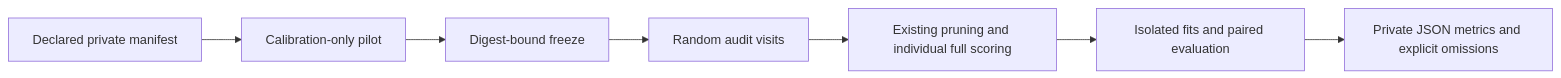
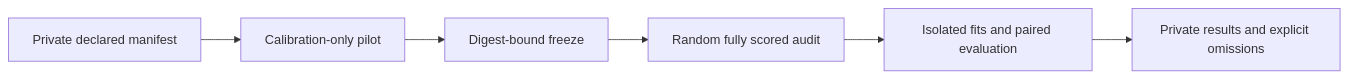
One commit to stSoftwareAU/NEAT-AI-Ockham changed the diagram in docs/archive/pr-summaries/pr-summary-261.md. Above: the diagram before and after it, drawn with Mermaid. The commit also changed other lines of this file, not shown here.

````diff
--- a/docs/archive/pr-summaries/pr-summary-261.md
+++ b/docs/archive/pr-summaries/pr-summary-261.md
@@ -56,9 +57,8 @@
 ```mermaid
 flowchart LR
-    M[Declared private manifest] --> P[Calibration-only pilot]
+    M[Private declared manifest] --> P[Calibration-only pilot]
     P --> F[Digest-bound freeze]
-    F --> A[Random audit visits]
-    A --> S[Existing pruning and individual full scoring]
-    S --> E[Isolated fits and paired evaluation]
-    E --> R[Private JSON metrics and explicit omissions]
+    F --> A[Random fully scored audit]
+    A --> E[Isolated fits and paired evaluation]
+    E --> R[Private results and explicit omissions]
 ```
````
